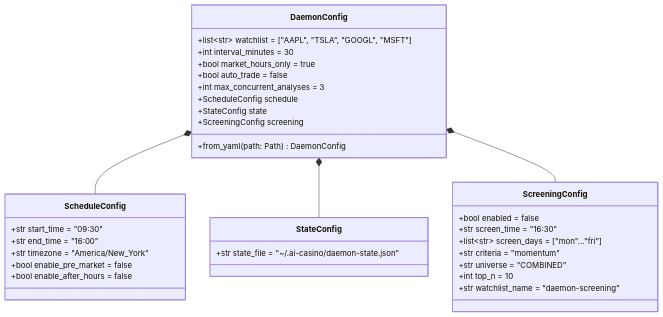
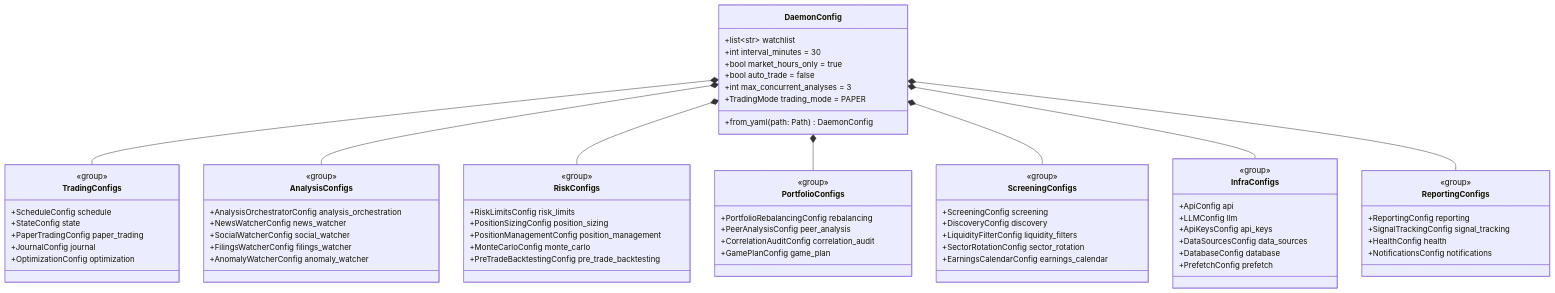
The first of 3 diagrams in docs/daemon-operations.md (Automaat/ai-casino), drawn with Mermaid before and after one commit. The commit also changed other lines of this file and 2 other files, not shown here.

First line of the commit message:
docs: update diagrams to match current architecture (#413)

````diff
--- a/docs/daemon-operations.md
+++ b/docs/daemon-operations.md
@@ -25,40 +25,82 @@
 ```mermaid
 classDiagram
     class DaemonConfig {
-        +list~str~ watchlist = ["AAPL", "TSLA", "GOOGL", "MSFT"]
+        +list~str~ watchlist
         +int interval_minutes = 30
         +bool market_hours_only = true
         +bool auto_trade = false
         +int max_concurrent_analyses = 3
-        +ScheduleConfig schedule
-        +StateConfig state
-        +ScreeningConfig screening
+        +TradingMode trading_mode = PAPER
         +from_yaml(path: Path) DaemonConfig
     }
 
-    class ScheduleConfig {
-        +str start_time = "09:30"
-        +str end_time = "16:00"
-        +str timezone = "America/New_York"
-        +bool enable_pre_market = false
-        +bool enable_after_hours = false
+    class TradingConfigs {
+        <<group>>
+        +ScheduleConfig schedule
+        +StateConfig state
+        +PaperTradingConfig paper_trading
+        +JournalConfig journal
+        +OptimizationConfig optimization
     }
 
-    class StateConfig {
-        +str state_file = "~/.ai-casino/daemon-state.json"
+    class AnalysisConfigs {
+        <<group>>
+        +AnalysisOrchestratorConfig analysis_orchestration
+        +NewsWatcherConfig news_watcher
+        +SocialWatcherConfig social_watcher
+        +FilingsWatcherConfig filings_watcher
+        +AnomalyWatcherConfig anomaly_watcher
     }
 
-    class ScreeningConfig {
-        +bool enabled = false
-        +str screen_time = "16:30"
-        +list~str~ screen_days = ["mon"..."fri"]
-        +str criteria = "momentum"
-        +str universe = "COMBINED"
-        +int top_n = 10
-        +str watchlist_name = "daemon-screening"
+    class RiskConfigs {
+        <<group>>
+        +RiskLimitsConfig risk_limits
+        +PositionSizingConfig position_sizing
+        +PositionManagementConfig position_management
+        +MonteCarloConfig monte_carlo
+        +PreTradeBacktestingConfig pre_trade_backtesting
     }
 
-    DaemonConfig *-- ScheduleConfig
-    DaemonConfig *-- StateConfig
-    DaemonConfig *-- ScreeningConfig
+    class PortfolioConfigs {
+        <<group>>
+        +PortfolioRebalancingConfig rebalancing
+        +PeerAnalysisConfig peer_analysis
+        +CorrelationAuditConfig correlation_audit
+        +GamePlanConfig game_plan
+    }
+
+    class ScreeningConfigs {
+        <<group>>
+        +ScreeningConfig screening
+        +DiscoveryConfig discovery
+        +LiquidityFilterConfig liquidity_filters
+        +SectorRotationConfig sector_rotation
+        +EarningsCalendarConfig earnings_calendar
+    }
+
+    class InfraConfigs {
+        <<group>>
+        +ApiConfig api
+        +LLMConfig llm
+        +ApiKeysConfig api_keys
+        +DataSourcesConfig data_sources
+        +DatabaseConfig database
+        +PrefetchConfig prefetch
+    }
+
+    class ReportingConfigs {
+        <<group>>
+        +ReportingConfig reporting
+        +SignalTrackingConfig signal_tracking
+        +HealthConfig health
+        +NotificationsConfig notifications
+    }
+
+    DaemonConfig *-- TradingConfigs
+    DaemonConfig *-- AnalysisConfigs
+    DaemonConfig *-- RiskConfigs
+    DaemonConfig *-- PortfolioConfigs
+    DaemonConfig *-- ScreeningConfigs
+    DaemonConfig *-- InfraConfigs
+    DaemonConfig *-- ReportingConfigs
 ```
````
